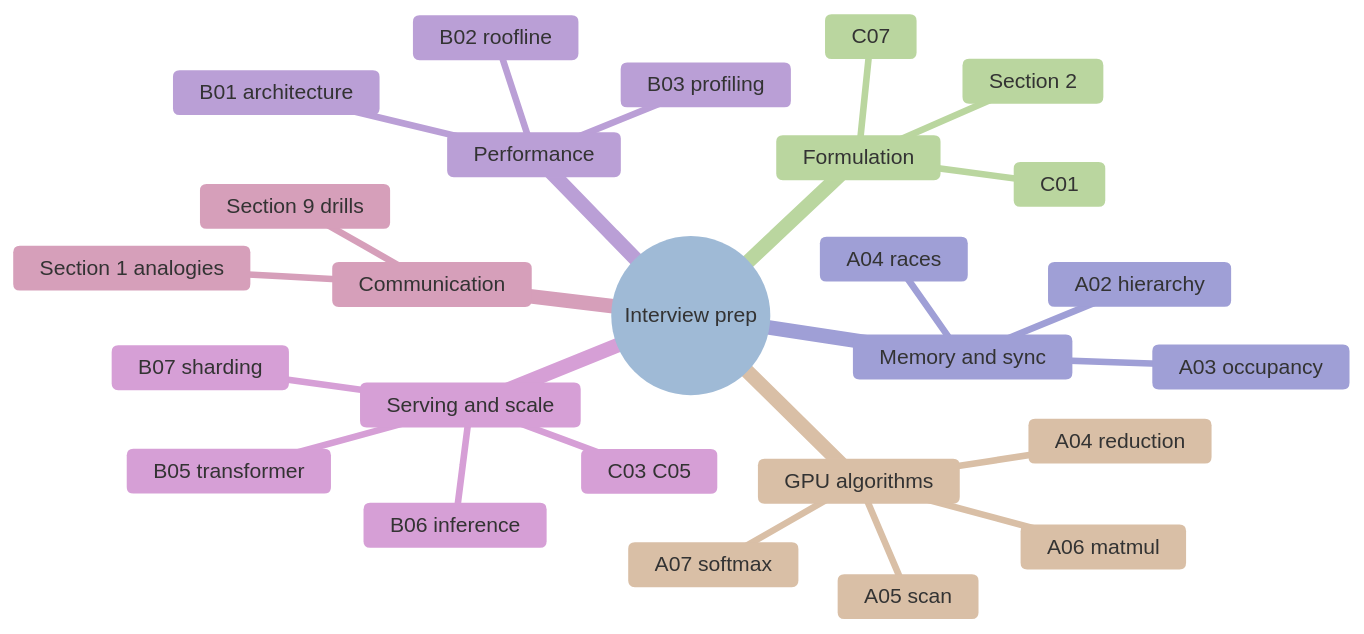
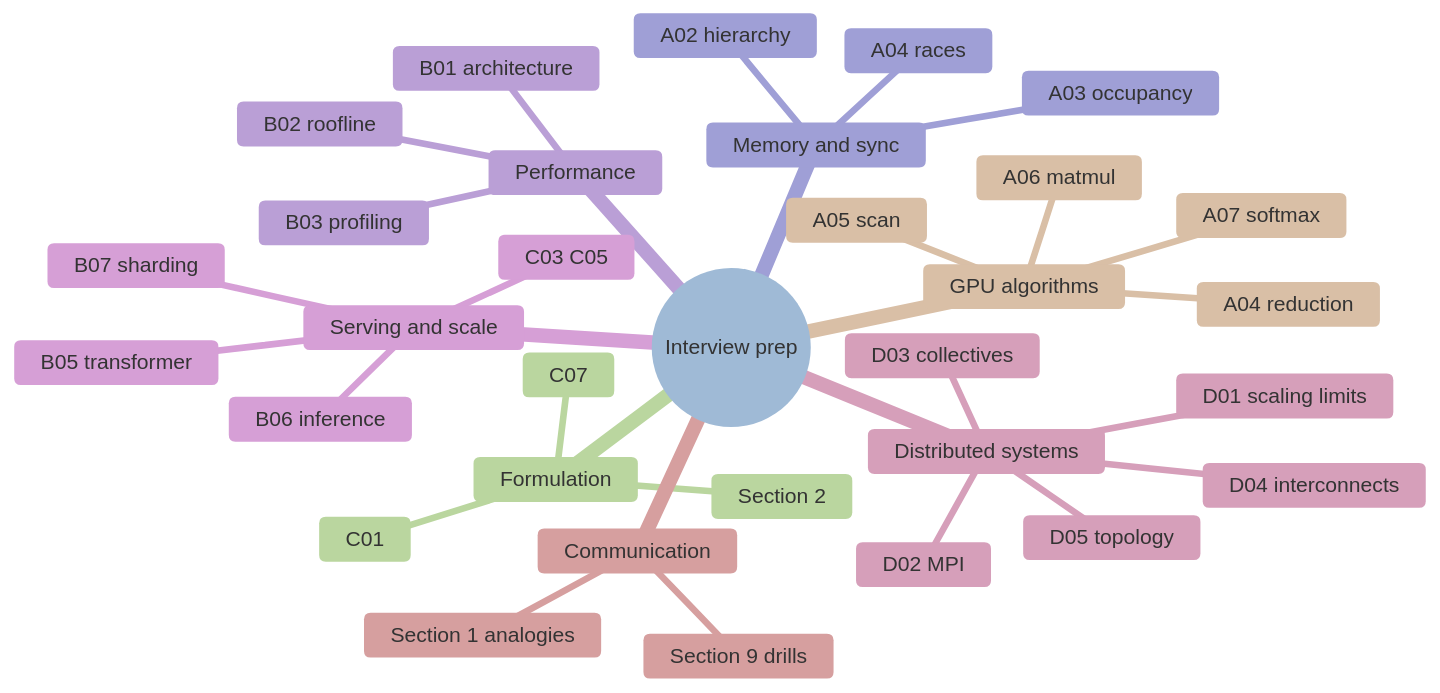
One commit to gahan9/ParallelProgramming changed the third of 3 diagrams in CURRICULUM.md. Above: the diagram before and after it, drawn with Mermaid. The commit also changed other lines of this file and 123 other files, not shown here.

````diff
--- a/CURRICULUM.md
+++ b/CURRICULUM.md
@@ -161,30 +194,36 @@
 ```mermaid
 %%{init: {'theme': 'base', 'themeVariables': {'primaryColor': '#F8FAFC', 'primaryBorderColor': '#0891B2', 'lineColor': '#64748B'}}}%%
 mindmap
   root((Interview prep))
     Formulation
       C01
       C07
       Section 2
     GPU algorithms
       A04 reduction
       A05 scan
       A06 matmul
       A07 softmax
     Memory and sync
       A02 hierarchy
       A03 occupancy
       A04 races
     Performance
       B01 architecture
       B02 roofline
       B03 profiling
     Serving and scale
       B05 transformer
       B06 inference
       B07 sharding
       C03 C05
+    Distributed systems
+      D01 scaling limits
+      D02 MPI
+      D03 collectives
+      D04 interconnects
+      D05 topology
     Communication
       Section 1 analogies
       Section 9 drills
 ```
````
